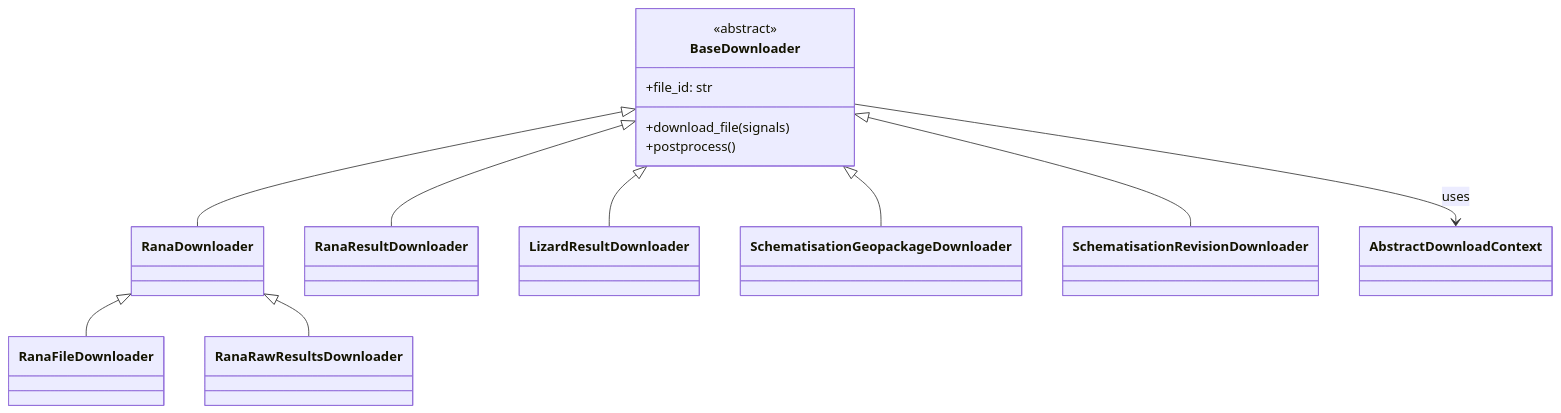
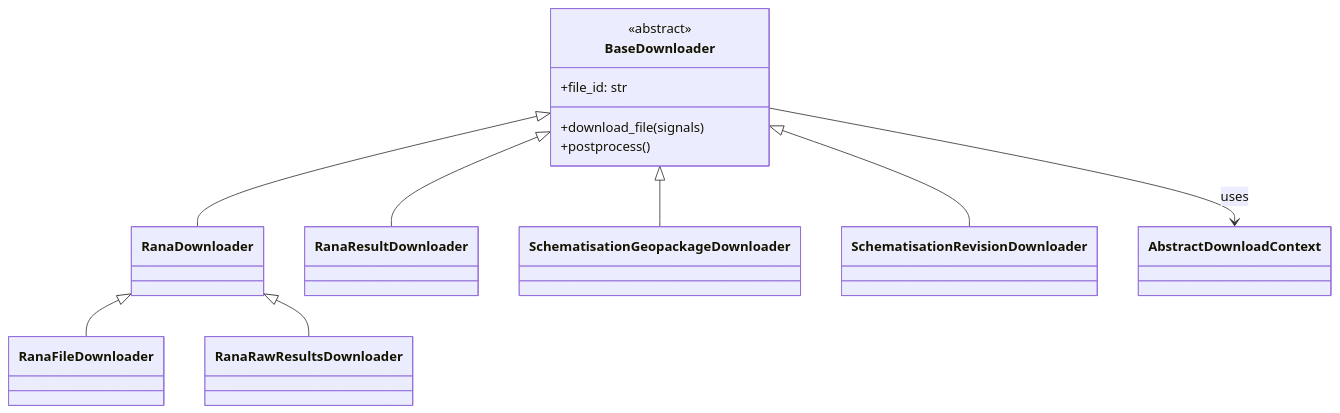
The second of 3 diagrams in doc/download_workers.md (nens/rana-qgis-plugin), drawn with Mermaid before and after one commit. The commit also changed other lines of this file and 10 other files, not shown here.

Commit message:
Remove lizard results from result downlaoder

````diff
--- a/doc/download_workers.md
+++ b/doc/download_workers.md
@@ -41,25 +41,23 @@
 ```mermaid
 classDiagram
     class BaseDownloader {
         <<abstract>>
         +file_id: str
         +download_file(signals)
         +postprocess()
     }
     class RanaDownloader
     class RanaFileDownloader
     class RanaRawResultsDownloader
     class RanaResultDownloader
-    class LizardResultDownloader
     class SchematisationGeopackageDownloader
     class SchematisationRevisionDownloader
 
     BaseDownloader <|-- RanaDownloader
     RanaDownloader <|-- RanaFileDownloader
     RanaDownloader <|-- RanaRawResultsDownloader
     BaseDownloader <|-- RanaResultDownloader
-    BaseDownloader <|-- LizardResultDownloader
     BaseDownloader <|-- SchematisationGeopackageDownloader
     BaseDownloader <|-- SchematisationRevisionDownloader
     BaseDownloader --> AbstractDownloadContext : uses
 ```
````
